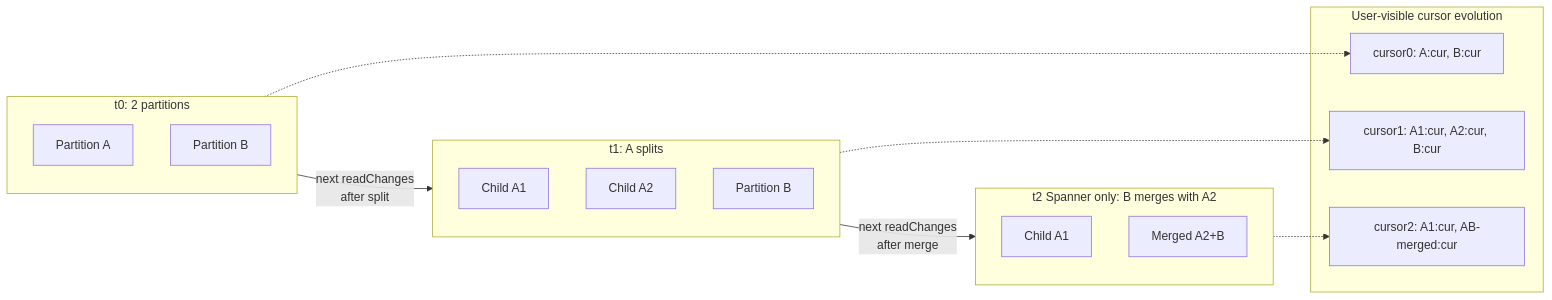
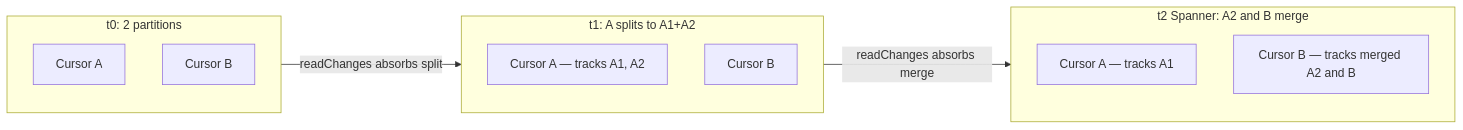
Before and after one commit to allenkim0129/multiclouddb-sdk-for-java: the second of 2 diagrams in docs/research/scalable-change-feed-api.md, drawn with Mermaid. The commit also changed other lines of this file, not shown here.

````diff
--- a/docs/research/scalable-change-feed-api.md
+++ b/docs/research/scalable-change-feed-api.md
@@ -266,27 +253,17 @@
 ```mermaid
 flowchart LR
     subgraph T0["t0: 2 partitions"]
-        P1["Partition A"]
-        P2["Partition B"]
+        P1["Cursor A"]
+        P2["Cursor B"]
     end
-    subgraph T1["t1: A splits"]
-        A1["Child A1"]
-        A2["Child A2"]
-        B["Partition B"]
+    subgraph T1["t1: A splits to A1+A2"]
+        A12["Cursor A — tracks A1, A2"]
+        B["Cursor B"]
     end
-    subgraph T2["t2 Spanner only: B merges with A2"]
-        A1b["Child A1"]
-        M["Merged A2+B"]
+    subgraph T2["t2 Spanner: A2 and B merge"]
+        A1b["Cursor A — tracks A1"]
+        M["Cursor B — tracks merged A2 and B"]
     end
-    T0 -->|next readChanges<br/>after split| T1
-    T1 -->|next readChanges<br/>after merge| T2
-
-    subgraph U["User-visible cursor evolution"]
-        C0["cursor0: A:cur, B:cur"]
-        C1["cursor1: A1:cur, A2:cur, B:cur"]
-        C2["cursor2: A1:cur, AB-merged:cur"]
-    end
-    T0 -.-> C0
-    T1 -.-> C1
-    T2 -.-> C2
+    T0 -->|readChanges absorbs split| T1
+    T1 -->|readChanges absorbs merge| T2
 ```
````
